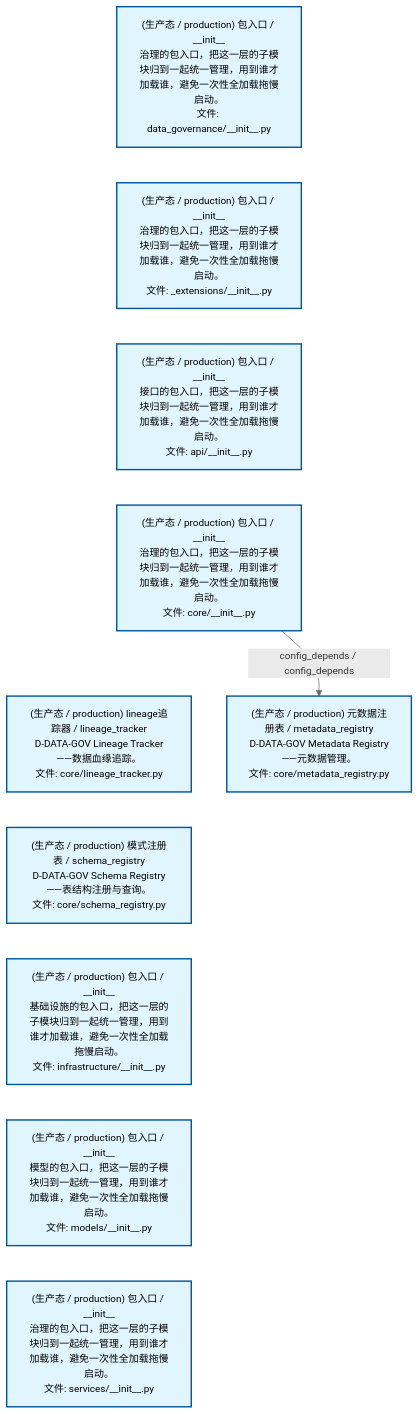
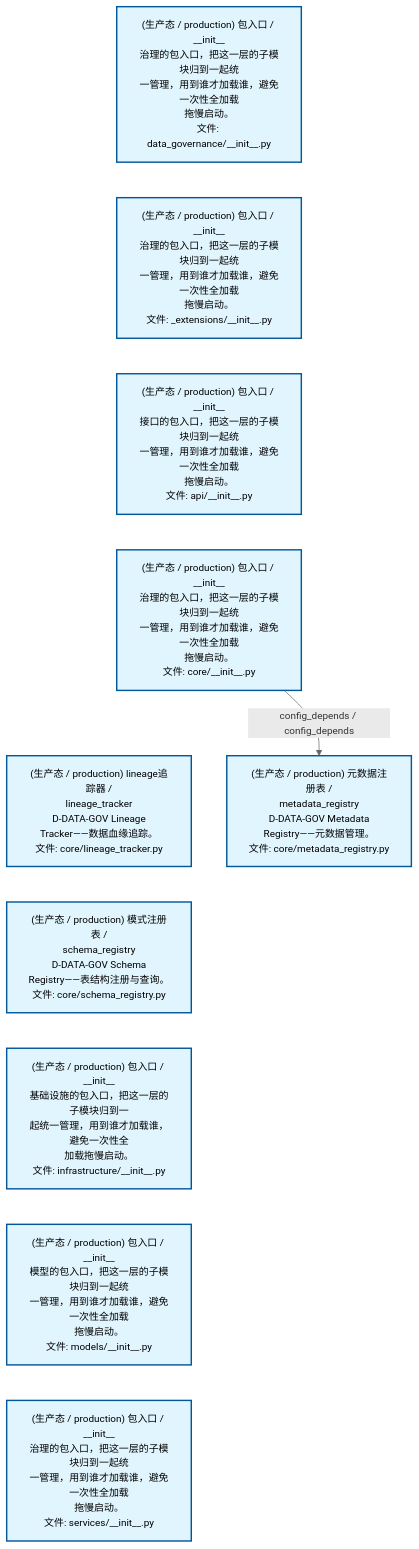
One commit to xuanFelixVan/ZephyrAlpha changed the second of 2 diagrams in docs/02_enterprise_architecture/02_domain_architecture_docs/13_d_data_gov.md. Above: the diagram before and after it, drawn with Mermaid. The commit also changed other lines of this file and 59 other files, not shown here.

````diff
--- a/docs/02_enterprise_architecture/02_domain_architecture_docs/13_d_data_gov.md
+++ b/docs/02_enterprise_architecture/02_domain_architecture_docs/13_d_data_gov.md
@@ -86,28 +86,28 @@
 ```mermaid
 %%{init: {'theme': 'base', 'themeVariables': {'primaryColor': '#eaeaea', 'primaryTextColor': '#333333', 'primaryBorderColor': '#666666', 'lineColor': '#666666', 'secondaryColor': '#eaeaea', 'tertiaryColor': '#eaeaea', 'fontSize': '14px'}}}%%
 flowchart TD
-    src_zephyr_data_governance_init_py["(生产态 / production) 包入口 / __init__<br/>治理的包入口，把这一层的子模块归到一起统一管理，用到谁才加载谁，避免一次性全加载拖慢启动。<br/>文件: data_governance/__init__.py"]
-    src_zephyr_data_governance_extensions_init_py["(生产态 / production) 包入口 / __init__<br/>治理的包入口，把这一层的子模块归到一起统一管理，用到谁才加载谁，避免一次性全加载拖慢启动。<br/>文件: _extensions/__init__.py"]
-    src_zephyr_data_governance_api_init_py["(生产态 / production) 包入口 / __init__<br/>接口的包入口，把这一层的子模块归到一起统一管理，用到谁才加载谁，避免一次性全加载拖慢启动。<br/>文件: api/__init__.py"]
-    src_zephyr_data_governance_core_init_py["(生产态 / production) 包入口 / __init__<br/>治理的包入口，把这一层的子模块归到一起统一管理，用到谁才加载谁，避免一次性全加载拖慢启动。<br/>文件: core/__init__.py"]
-    src_zephyr_data_governance_core_lineage_tracker_py["(生产态 / production) lineage追踪器 / lineage_tracker<br/>D-DATA-GOV Lineage Tracker——数据血缘追踪。<br/>文件: core/lineage_tracker.py"]
-    src_zephyr_data_governance_core_schema_registry_py["(生产态 / production) 模式注册表 / schema_registry<br/>D-DATA-GOV Schema Registry——表结构注册与查询。<br/>文件: core/schema_registry.py"]
-    src_zephyr_data_governance_infrastructure_init_py["(生产态 / production) 包入口 / __init__<br/>基础设施的包入口，把这一层的子模块归到一起统一管理，用到谁才加载谁，避免一次性全加载拖慢启动。<br/>文件: infrastructure/__init__.py"]
-    src_zephyr_data_governance_models_init_py["(生产态 / production) 包入口 / __init__<br/>模型的包入口，把这一层的子模块归到一起统一管理，用到谁才加载谁，避免一次性全加载拖慢启动。<br/>文件: models/__init__.py"]
-    src_zephyr_data_governance_services_init_py["(生产态 / production) 包入口 / __init__<br/>治理的包入口，把这一层的子模块归到一起统一管理，用到谁才加载谁，避免一次性全加载拖慢启动。<br/>文件: services/__init__.py"]
+    src_zephyr_data_governance_init_py["(生产态 / production) 包入口 / __init__<br/>治理的包入口，把这一层的子模块归到一起统<br/>一管理，用到谁才加载谁，避免一次性全加载<br/>拖慢启动。<br/>文件: data_governance/__init__.py"]
+    src_zephyr_data_governance_extensions_init_py["(生产态 / production) 包入口 / __init__<br/>治理的包入口，把这一层的子模块归到一起统<br/>一管理，用到谁才加载谁，避免一次性全加载<br/>拖慢启动。<br/>文件: _extensions/__init__.py"]
+    src_zephyr_data_governance_api_init_py["(生产态 / production) 包入口 / __init__<br/>接口的包入口，把这一层的子模块归到一起统<br/>一管理，用到谁才加载谁，避免一次性全加载<br/>拖慢启动。<br/>文件: api/__init__.py"]
+    src_zephyr_data_governance_core_init_py["(生产态 / production) 包入口 / __init__<br/>治理的包入口，把这一层的子模块归到一起统<br/>一管理，用到谁才加载谁，避免一次性全加载<br/>拖慢启动。<br/>文件: core/__init__.py"]
+    src_zephyr_data_governance_core_lineage_tracker_py["(生产态 / production) lineage追踪器 /<br/>lineage_tracker<br/>D-DATA-GOV Lineage<br/>Tracker——数据血缘追踪。<br/>文件: core/lineage_tracker.py"]
+    src_zephyr_data_governance_core_schema_registry_py["(生产态 / production) 模式注册表 /<br/>schema_registry<br/>D-DATA-GOV Schema<br/>Registry——表结构注册与查询。<br/>文件: core/schema_registry.py"]
+    src_zephyr_data_governance_infrastructure_init_py["(生产态 / production) 包入口 / __init__<br/>基础设施的包入口，把这一层的子模块归到一<br/>起统一管理，用到谁才加载谁，避免一次性全<br/>加载拖慢启动。<br/>文件: infrastructure/__init__.py"]
+    src_zephyr_data_governance_models_init_py["(生产态 / production) 包入口 / __init__<br/>模型的包入口，把这一层的子模块归到一起统<br/>一管理，用到谁才加载谁，避免一次性全加载<br/>拖慢启动。<br/>文件: models/__init__.py"]
+    src_zephyr_data_governance_services_init_py["(生产态 / production) 包入口 / __init__<br/>治理的包入口，把这一层的子模块归到一起统<br/>一管理，用到谁才加载谁，避免一次性全加载<br/>拖慢启动。<br/>文件: services/__init__.py"]
     src_zephyr_data_governance_init_py ~~~ src_zephyr_data_governance_extensions_init_py
     src_zephyr_data_governance_extensions_init_py ~~~ src_zephyr_data_governance_api_init_py
     src_zephyr_data_governance_api_init_py ~~~ src_zephyr_data_governance_core_init_py
     src_zephyr_data_governance_core_init_py ~~~ src_zephyr_data_governance_core_lineage_tracker_py
     src_zephyr_data_governance_core_lineage_tracker_py ~~~ src_zephyr_data_governance_core_schema_registry_py
     src_zephyr_data_governance_core_schema_registry_py ~~~ src_zephyr_data_governance_infrastructure_init_py
     src_zephyr_data_governance_infrastructure_init_py ~~~ src_zephyr_data_governance_models_init_py
     src_zephyr_data_governance_models_init_py ~~~ src_zephyr_data_governance_services_init_py
-    src_zephyr_data_governance_core_metadata_registry_py["(生产态 / production) 元数据注册表 / metadata_registry<br/>D-DATA-GOV Metadata Registry——元数据管理。<br/>文件: core/metadata_registry.py"]
+    src_zephyr_data_governance_core_metadata_registry_py["(生产态 / production) 元数据注册表 /<br/>metadata_registry<br/>D-DATA-GOV Metadata<br/>Registry——元数据管理。<br/>文件: core/metadata_registry.py"]
     src_zephyr_data_governance_core_init_py -->|config_depends / config_depends| src_zephyr_data_governance_core_metadata_registry_py
     classDef production fill:#e1f5fe,stroke:#01579b,stroke-width:2px,color:#000
     classDef design fill:#fff3e0,stroke:#e65100,stroke-width:2px,color:#000,stroke-dasharray: 5 5
     classDef external_prod fill:#e8f4fd,stroke:#0277bd,stroke-width:1px,color:#000
     classDef external_design fill:#fff8e7,stroke:#ef6c00,stroke-width:1px,color:#000,stroke-dasharray: 5 5
     class src_zephyr_data_governance_init_py,src_zephyr_data_governance_extensions_init_py,src_zephyr_data_governance_api_init_py,src_zephyr_data_governance_core_init_py,src_zephyr_data_governance_core_lineage_tracker_py,src_zephyr_data_governance_core_metadata_registry_py,src_zephyr_data_governance_core_schema_registry_py,src_zephyr_data_governance_infrastructure_init_py,src_zephyr_data_governance_models_init_py,src_zephyr_data_governance_services_init_py production
 ```
````
